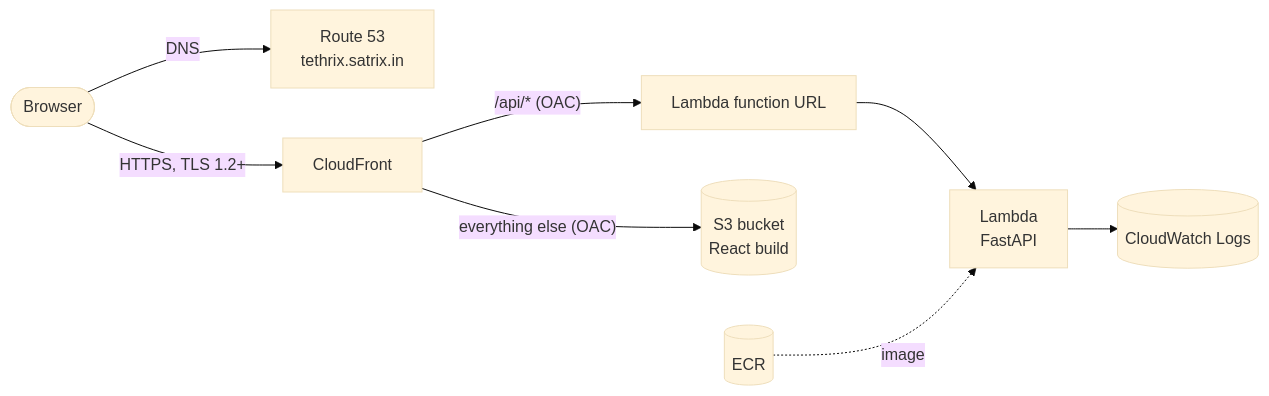
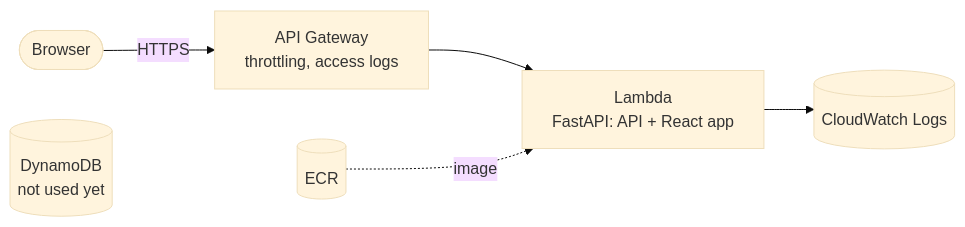
Before and after one commit to Rithun-C/tethrix: the diagram in docs/runbooks/deploy-manual.md, drawn with Mermaid (base theme). The commit also changed other lines of this file and 34 other files, not shown here.

First line of the commit message:
B3: API Gateway in front of Lambda instead of CloudFront (ADR-0007) (#14)

````diff
--- a/docs/runbooks/deploy-manual.md
+++ b/docs/runbooks/deploy-manual.md
@@ -25,9 +25,8 @@
 ```mermaid
 flowchart LR
-  user([Browser]) -- "DNS" --> r53[Route 53<br/>tethrix.satrix.in]
-  user -- "HTTPS, TLS 1.2+" --> cf[CloudFront]
-  cf -- "/api/* (OAC)" --> url[Lambda function URL] --> fn[Lambda<br/>FastAPI]
-  cf -- "everything else (OAC)" --> s3[(S3 bucket<br/>React build)]
+  user([Browser]) -- "HTTPS" --> apigw[API Gateway<br/>throttling, access logs]
+  apigw --> fn[Lambda<br/>FastAPI: API + React app]
   fn --> logs[(CloudWatch Logs)]
   ecr[(ECR)] -. image .-> fn
+  ddb[(DynamoDB<br/>not used yet)]
 ```
````
